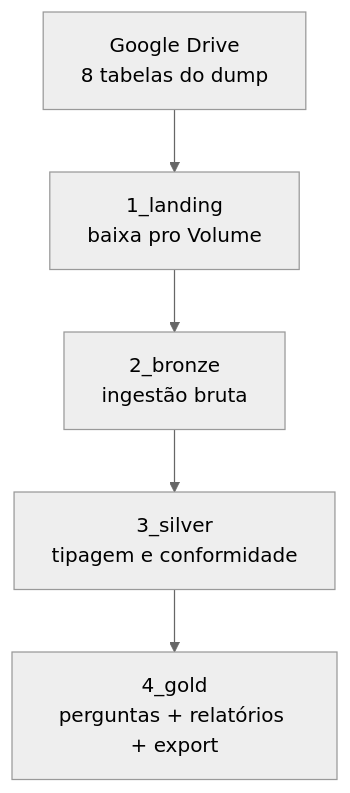
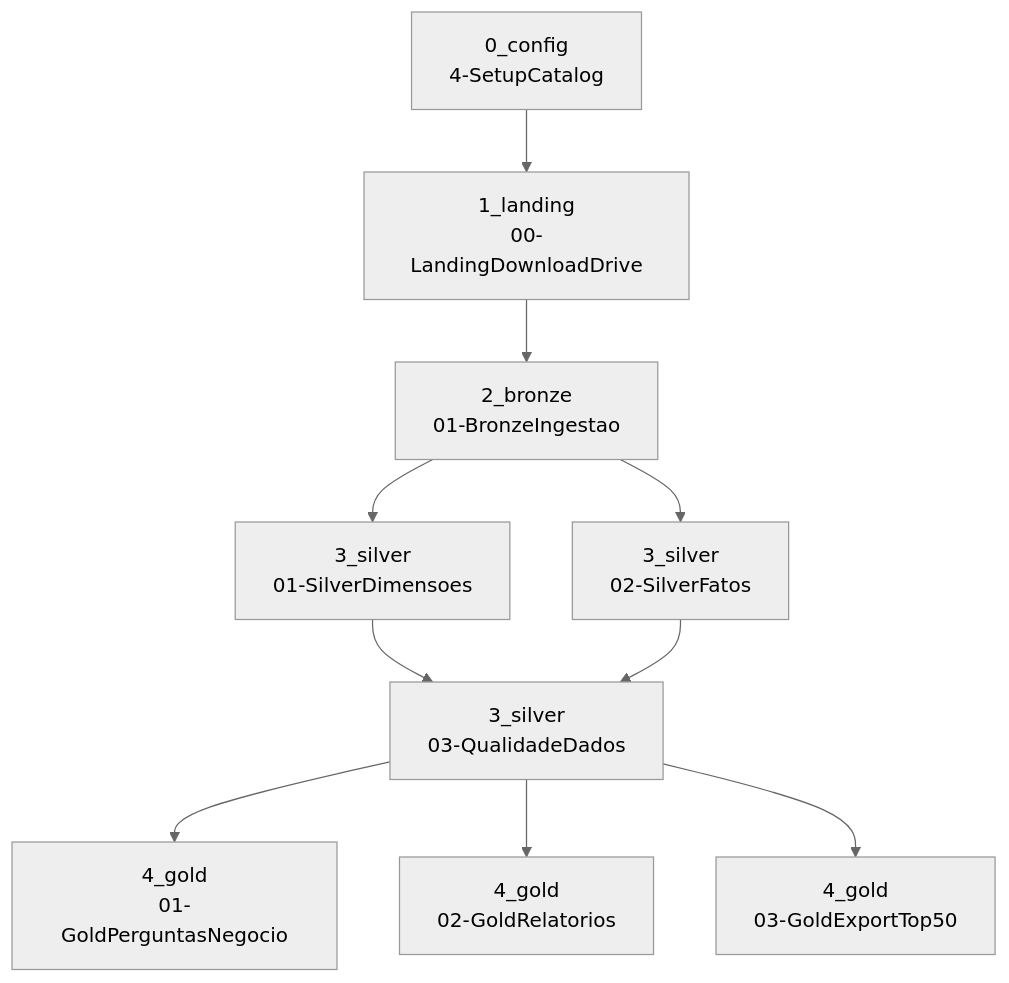
One commit to techronnan/case_tire_and_wheel_shop_data_engineering_2026 changed the second of 2 diagrams in README.md. Above: the diagram before and after it, drawn with Mermaid (neutral theme). The commit also changed other lines of this file, not shown here.

Commit message:
docs: add Mermaid workflow diagram and job name reference to README

````diff
--- a/README.md
+++ b/README.md
@@ -23,7 +32,12 @@
 ```mermaid
 flowchart TD
-    A[Google Drive<br/>8 tabelas do dump] --> B[1_landing<br/>baixa pro Volume]
-    B --> C[2_bronze<br/>ingestão bruta]
-    C --> D[3_silver<br/>tipagem e conformidade]
-    D --> E[4_gold<br/>perguntas + relatórios + export]
+    Setup[0_config<br/>4-SetupCatalog] --> Landing[1_landing<br/>00-LandingDownloadDrive]
+    Landing --> Bronze[2_bronze<br/>01-BronzeIngestao]
+    Bronze --> SilverDim[3_silver<br/>01-SilverDimensoes]
+    Bronze --> SilverFat[3_silver<br/>02-SilverFatos]
+    SilverDim --> Qualidade[3_silver<br/>03-QualidadeDados]
+    SilverFat --> Qualidade
+    Qualidade --> GoldPerguntas[4_gold<br/>01-GoldPerguntasNegocio]
+    Qualidade --> GoldRelatorios[4_gold<br/>02-GoldRelatorios]
+    Qualidade --> GoldExport[4_gold<br/>03-GoldExportTop50]
 ```
````
